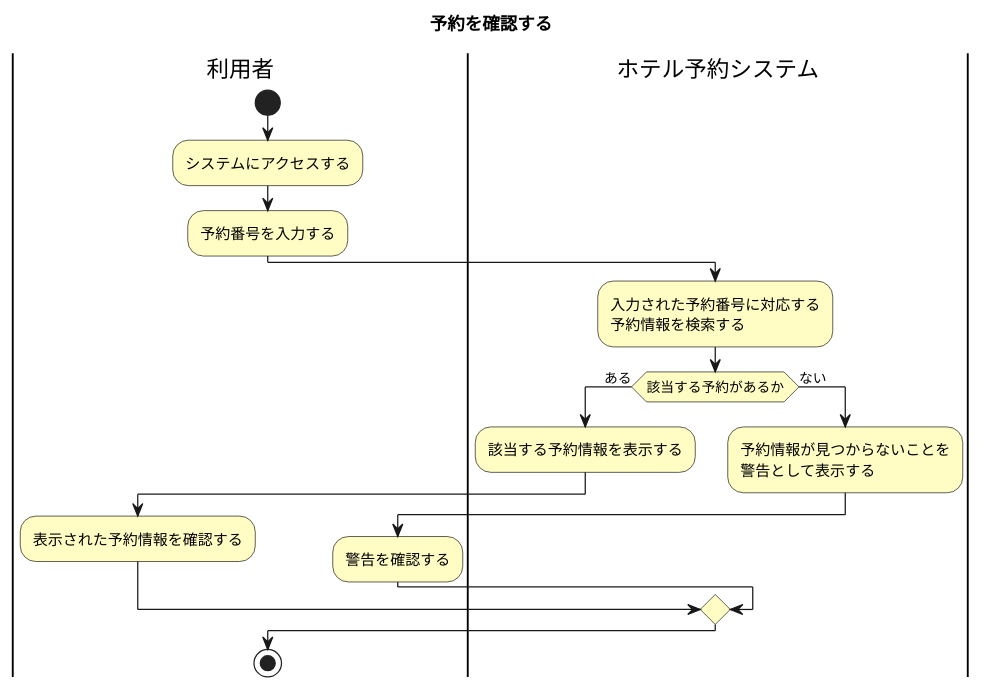
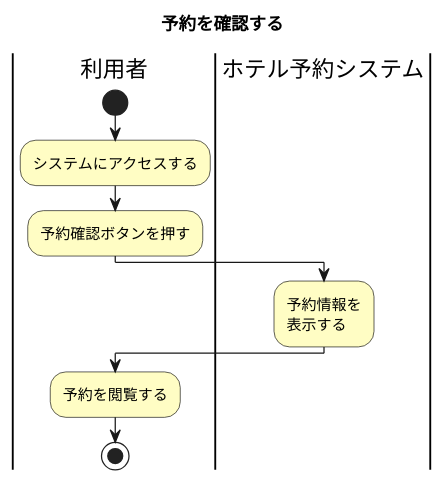
Before and after one commit to SMatsuda3/hrs-team-project: the diagram in diagrams/activ_confirm_reservation.puml, drawn with PlantUML. The commit also changed 5 other files, not shown here.

Commit message:
update activity diagram

```diff
--- a/diagrams/activ_confirm_reservation.puml
+++ b/diagrams/activ_confirm_reservation.puml
@@ -1,87 +1,44 @@
 @startuml
 
 /'
 ユースケース：予約を確認する
-
-アクタ：
-利用者
-
-目的：
-利用者が自身の予約情報を確認する。
-
-事前条件：
-・利用者の予約が完了している。
-・確認対象となる予約がシステムに登録されている。
-
-事後条件：
-・入力された予約番号に対応する予約情報が表示されている。
-・利用者が予約内容を確認できる状態になっている。
-
-基本系列：
-1. 利用者はシステムにアクセスする。
-
-2. 利用者はシステム上で予約番号を入力する。
-
-3. システムは、入力された予約番号に対応する
-   予約情報を検索する。
-
-4. システムは、該当する予約情報を表示する。
-
-5. 利用者は、表示された予約情報を確認する。
-
-代替系列：
-3a. 入力された予約番号に対応する予約が存在しない場合、
-    システムは予約情報が見つからないことを表示する。
-
-2a. 予約番号が入力されていない、または形式が不正な場合、
-    システムは入力内容に誤りがあることを表示し、
-    再入力を促す。
+アクタ：利用者
+目的：アクタが自身の予約を確認する
+事前条件：予約が完了している
+事後条件：予約画面が表示されている
+基本系列
+-1. アクタはシステムにアクセスする
+-2. アクタはシステム上で予約確認ボタンを押す
+-3. システムは予約情報を表示する
+-4. アクタは予約情報を確認する
 '/
 
 title 予約を確認する
 
 skinparam shadowing false
 
 skinparam activity {
   BackgroundColor #FFFDC4
   BorderColor Black
   FontColor Black
-  DiamondBackgroundColor #FFFDC4
-  DiamondBorderColor Black
 }
 
 |利用者|
 
 start
 
 :システムにアクセスする;
 
-:予約番号を入力する;
+:予約確認ボタンを押す;
 
 |ホテル予約システム|
 
-:入力された予約番号に対応する\n予約情報を検索する;
+:予約情報を\n表示する;
 
-if (該当する予約があるか) then (ある)
+|利用者|
 
-  :該当する予約情報を表示する;
-
-  |利用者|
-
-  :表示された予約情報を確認する;
-
-else (ない)
-
-  |ホテル予約システム|
-
-  :予約情報が見つからないことを\n警告として表示する;
-
-  |利用者|
-
-  :警告を確認する;
-
-endif
+:予約を閲覧する;
 
 stop
 
 @enduml
```
